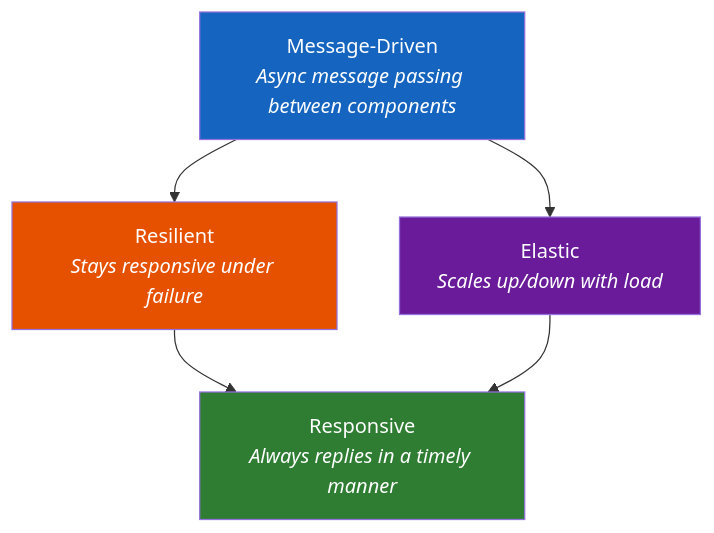
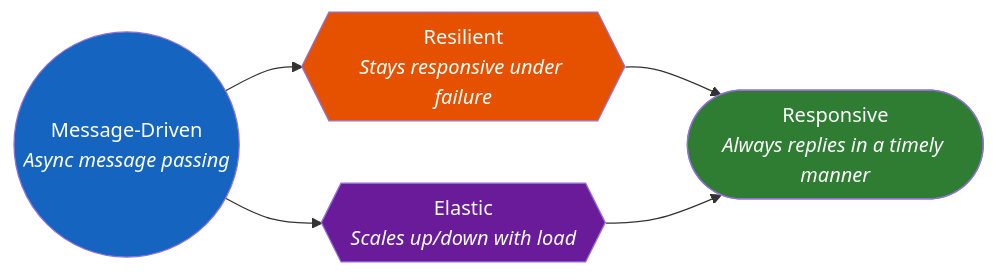
One commit to saivamsikaruturi/vamsilabs-dev-notes-main changed the first of 4 diagrams in docs/java/ReactiveStreams.md. Above: the diagram before and after it, drawn with Mermaid. The commit also changed other lines of this file and 146 other files, not shown here.

Commit message:
Horizontal diagrams, UML class diagrams, typography overhaul, and permalink cleanup

````diff
--- a/docs/java/ReactiveStreams.md
+++ b/docs/java/ReactiveStreams.md
@@ -11,17 +11,17 @@
 ```mermaid
-graph TB
-    RESPONSIVE["Responsive<br/><i>Always replies in a timely manner</i>"]
-    RESILIENT["Resilient<br/><i>Stays responsive under failure</i>"]
-    ELASTIC["Elastic<br/><i>Scales up/down with load</i>"]
-    MESSAGE["Message-Driven<br/><i>Async message passing between components</i>"]
+flowchart LR
+    RESPONSIVE(["Responsive<br/><i>Always replies in a timely manner</i>"])
+    RESILIENT{{"Resilient<br/><i>Stays responsive under failure</i>"}}
+    ELASTIC{{"Elastic<br/><i>Scales up/down with load</i>"}}
+    MESSAGE(("Message-Driven<br/><i>Async message passing</i>"))
 
     MESSAGE --> RESILIENT
     MESSAGE --> ELASTIC
     RESILIENT --> RESPONSIVE
     ELASTIC --> RESPONSIVE
 
     style RESPONSIVE fill:#2e7d32,color:#fff
     style MESSAGE fill:#1565c0,color:#fff
     style RESILIENT fill:#e65100,color:#fff
     style ELASTIC fill:#6a1b9a,color:#fff
 ```
````
